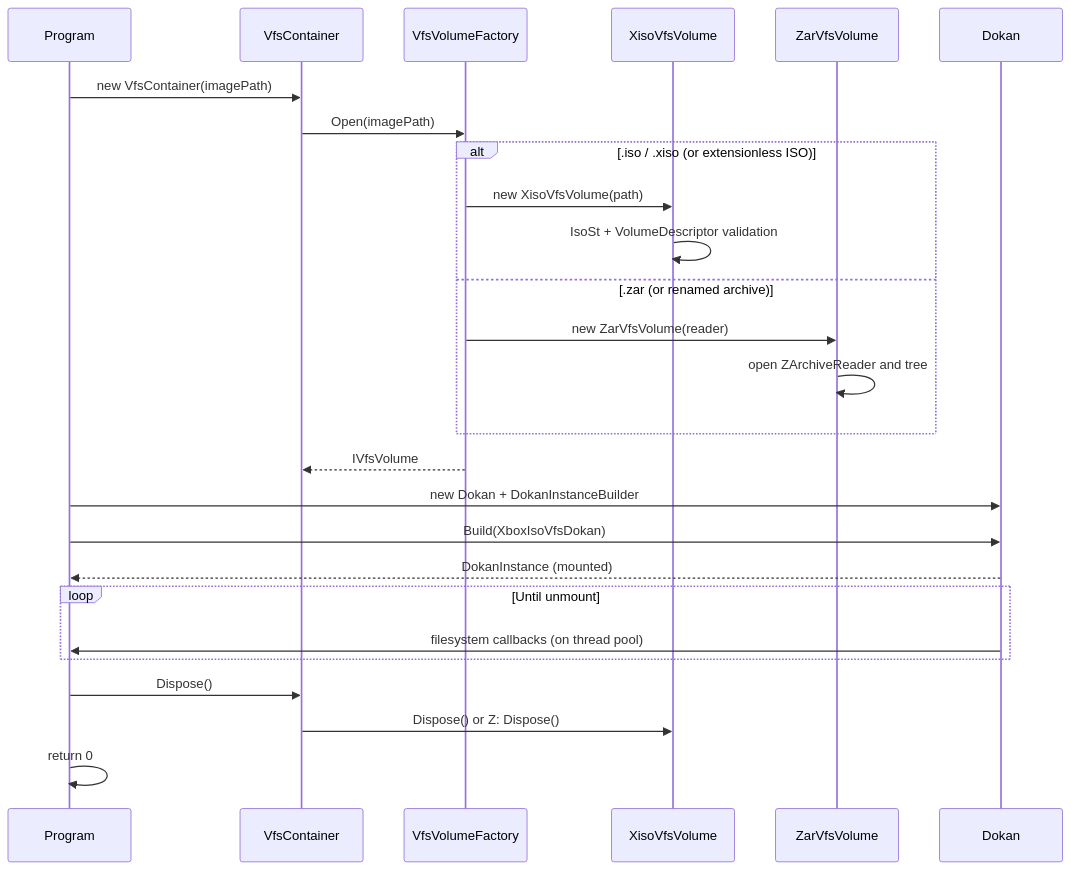
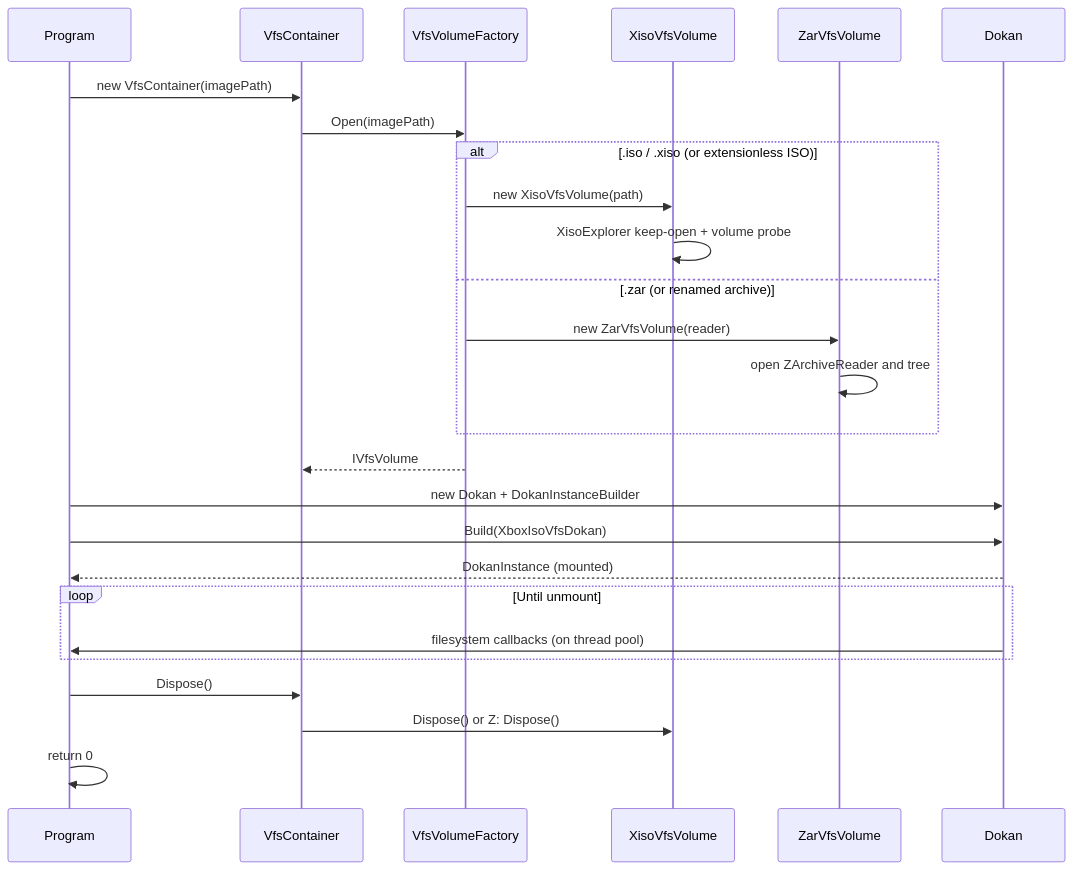
Before and after one commit to purelogiccode/SimpleXisoDrive: the second of 2 diagrams in docs/Architecture.md, drawn with Mermaid. The commit also changed other lines of this file and 27 other files, not shown here.

````diff
--- a/docs/Architecture.md
+++ b/docs/Architecture.md
@@ -111,29 +105,29 @@
 ```mermaid
 sequenceDiagram
     participant P as Program
     participant V as VfsContainer
     participant F as VfsVolumeFactory
     participant X as XisoVfsVolume
     participant Z as ZarVfsVolume
     participant DK as Dokan
 
     P->>V: new VfsContainer(imagePath)
     V->>F: Open(imagePath)
     alt .iso / .xiso (or extensionless ISO)
         F->>X: new XisoVfsVolume(path)
-        X->>X: IsoSt + VolumeDescriptor validation
+        X->>X: XisoExplorer keep-open + volume probe
     else .zar (or renamed archive)
         F->>Z: new ZarVfsVolume(reader)
         Z->>Z: open ZArchiveReader and tree
     end
     F-->>V: IVfsVolume
     P->>DK: new Dokan + DokanInstanceBuilder
     P->>DK: Build(XboxIsoVfsDokan)
     DK-->>P: DokanInstance (mounted)
     loop Until unmount
         DK->>P: filesystem callbacks (on thread pool)
     end
     P->>V: Dispose()
     V->>X: Dispose() or Z: Dispose()
     P->>P: return 0
 ```
````
